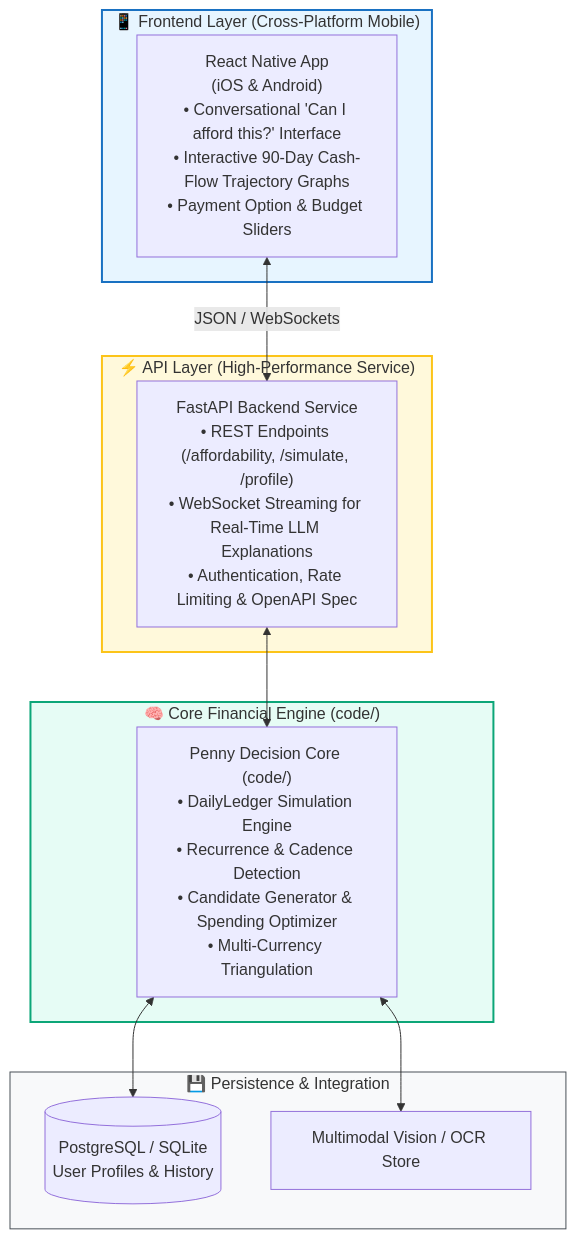
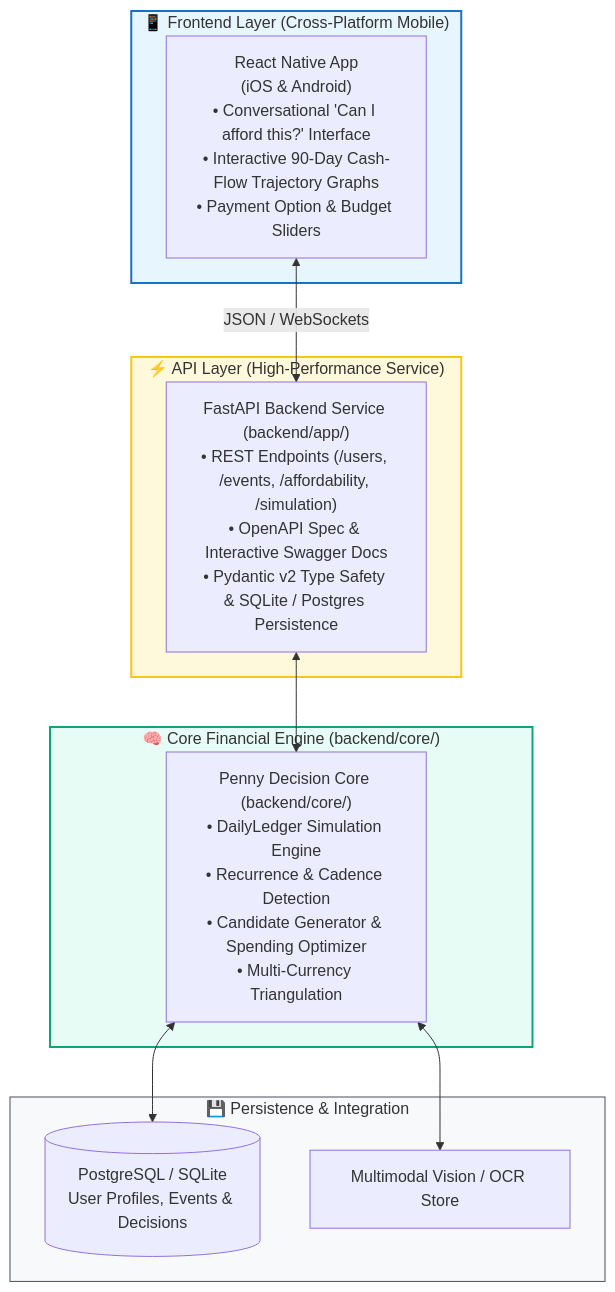
One commit to varunaditya27/penny changed the third of 3 diagrams in README.md. Above: the diagram before and after it, drawn with Mermaid. The commit also changed other lines of this file and 55 other files, not shown here.

Commit message:
feat(risk): add cash-flow burn rate and trajectory dip metrics, remove legacy code directory

````diff
--- a/README.md
+++ b/README.md
@@ -139,29 +139,29 @@
 ```mermaid
 flowchart TD
     subgraph Client["📱 Frontend Layer (Cross-Platform Mobile)"]
         RN["React Native App<br/>(iOS & Android)<br/>• Conversational 'Can I afford this?' Interface<br/>• Interactive 90-Day Cash-Flow Trajectory Graphs<br/>• Payment Option & Budget Sliders"]
     end
 
     subgraph Gateway["⚡ API Layer (High-Performance Service)"]
-        API["FastAPI Backend Service<br/>• REST Endpoints (/affordability, /simulate, /profile)<br/>• WebSocket Streaming for Real-Time LLM Explanations<br/>• Authentication, Rate Limiting & OpenAPI Spec"]
+        API["FastAPI Backend Service (backend/app/)<br/>• REST Endpoints (/users, /events, /affordability, /simulation)<br/>• OpenAPI Spec & Interactive Swagger Docs<br/>• Pydantic v2 Type Safety & SQLite / Postgres Persistence"]
     end
 
-    subgraph Engine["🧠 Core Financial Engine (code/)"]
-        Core["Penny Decision Core (code/)<br/>• DailyLedger Simulation Engine<br/>• Recurrence & Cadence Detection<br/>• Candidate Generator & Spending Optimizer<br/>• Multi-Currency Triangulation"]
+    subgraph Engine["🧠 Core Financial Engine (backend/core/)"]
+        Core["Penny Decision Core (backend/core/)<br/>• DailyLedger Simulation Engine<br/>• Recurrence & Cadence Detection<br/>• Candidate Generator & Spending Optimizer<br/>• Multi-Currency Triangulation"]
     end
 
     subgraph Storage["💾 Persistence & Integration"]
-        DB[("PostgreSQL / SQLite<br/>User Profiles & History")]
+        DB[("PostgreSQL / SQLite<br/>User Profiles, Events & Decisions")]
         OCR["Multimodal Vision / OCR Store"]
     end
 
     RN <-->|JSON / WebSockets| API
     API <--> Core
     Core <--> DB
     Core <--> OCR
 
     style Client fill:#e7f5ff,stroke:#1971c2,stroke-width:2px
     style Gateway fill:#fff9db,stroke:#fcc419,stroke-width:2px
     style Engine fill:#e6fcf5,stroke:#0ca678,stroke-width:2px
     style Storage fill:#f8f9fa,stroke:#495057,stroke-width:1px
 ```
````
